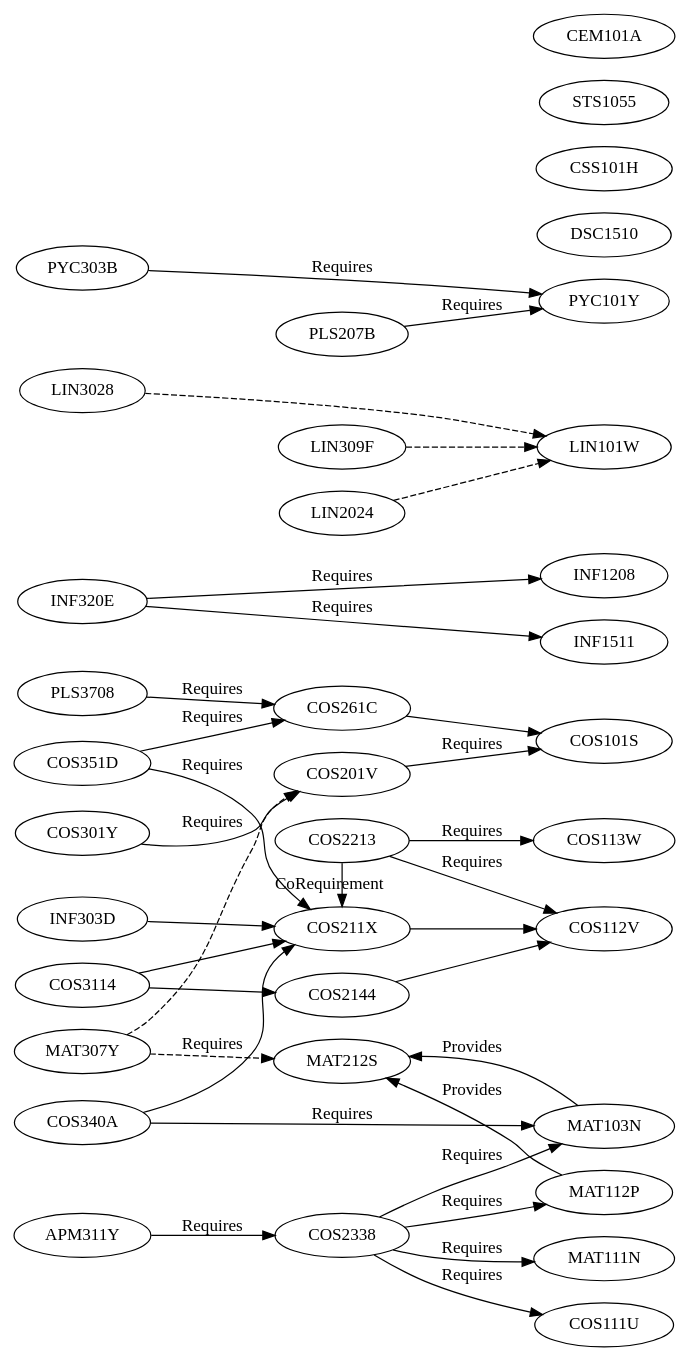
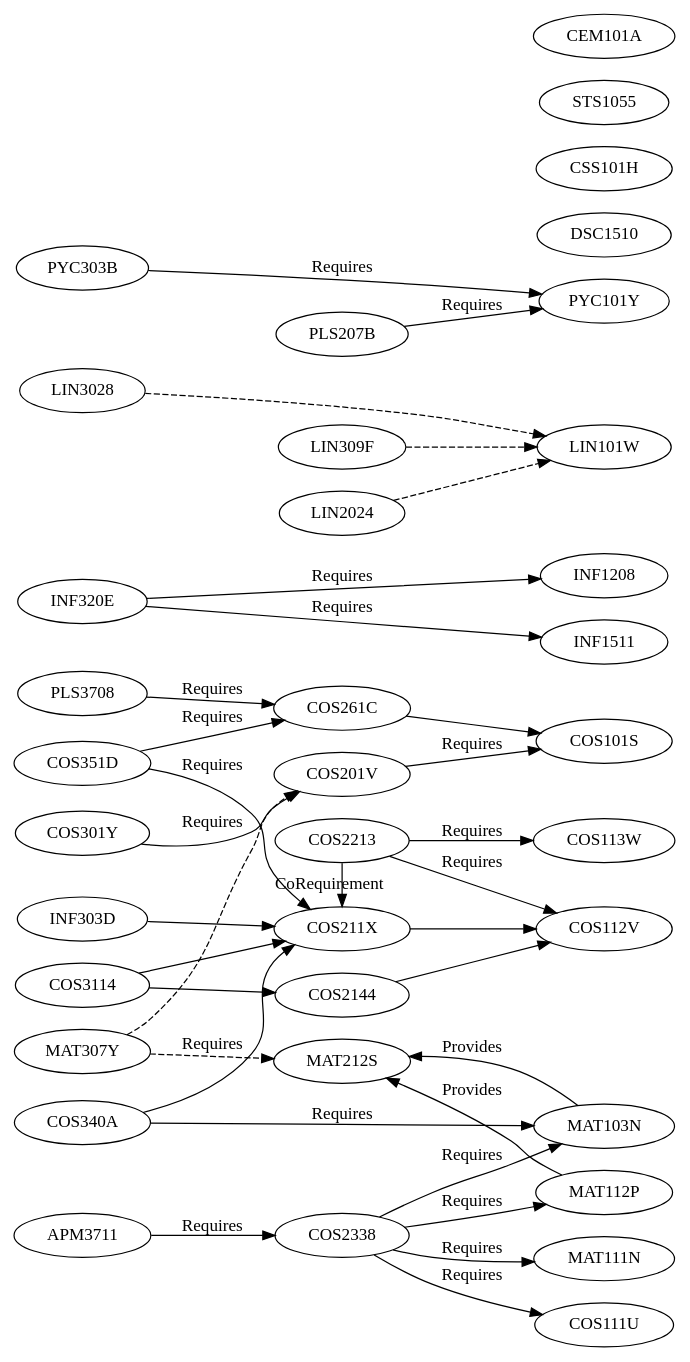
Before and after one commit to apauley/RandomHacks: the diagram in Unisa/ComputationalIntelligence.dot, drawn with Graphviz.

Commit message:
Unisa 2010 module changes: APM311Y -> APM3711

```diff
--- a/Unisa/ComputationalIntelligence.dot
+++ b/Unisa/ComputationalIntelligence.dot
@@ -1,47 +1,47 @@
 digraph ComputationalIntelligence {
 	rankdir=LR
 
 	{rank=same; COS301Y INF320E COS351D PLS3708}
-	{rank=same; COS3114 APM311Y MAT307Y COS340A}
+	{rank=same; COS3114 APM3711 MAT307Y COS340A}
 	{rank=same; INF303D LIN3028 PYC303B}
   
 	{rank=same; COS201V COS211X COS261C COS2144}
 	{rank=same; COS2213 COS2338 MAT212S}
 	{rank=same; LIN309F LIN2024 PLS207B}
 
 	{rank=same; COS101S COS112V COS113W INF1208 MAT112P MAT111N MAT103N PYC101Y COS111U LIN101W INF1511}
 	{rank=same; DSC1510 CSS101H STS1055 CEM101A}
 	{rank=max; DSC1510 COS101S}
 
 	COS301Y -> {COS201V} [label=Requires]
 	INF320E -> {INF1208 INF1511} [label=Requires]
 	COS351D -> {COS211X COS261C} [label=Requires]
 	PLS3708 -> {COS261C} [label=Requires]
 	PYC303B -> {PYC101Y} [label=Requires]
 
 	COS3114 -> {COS211X COS2144}
-	APM311Y -> {COS2338} [label=Requires]
+	APM3711 -> {COS2338} [label=Requires]
 	MAT307Y -> {MAT212S COS201V} [style=dashed]
 	INF303D -> {COS211X}
 	LIN3028 -> {LIN101W} [style=dashed]
 	COS340A -> {COS211X MAT103N} [label=Requires]
 
 
 	COS201V -> {COS101S} [label=Requires]
 	COS211X -> {COS112V}
 	COS261C -> {COS101S}
 	COS2144 -> {COS112V}
 
 	{rank=same; COS2213 COS211X}
 	COS2213 -> {COS112V COS113W} [label=Requires]
 	COS2213 -> {COS211X} [label=CoRequirement]
 	COS2338 -> {COS111U MAT103N MAT111N MAT112P} [label=Requires]
 	MAT212S
 	LIN309F -> {LIN101W} [style=dashed]
 	LIN2024 -> {LIN101W} [style=dashed]
 	PLS207B -> {PYC101Y} [label=Requires]
 
 
 	MAT103N -> {MAT212S} [label=Provides]
 	MAT112P -> {MAT212S} [label=Provides]
 }
```
